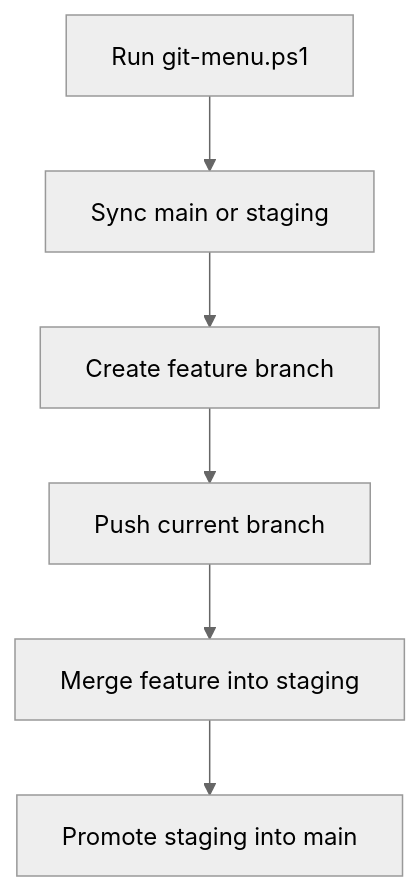
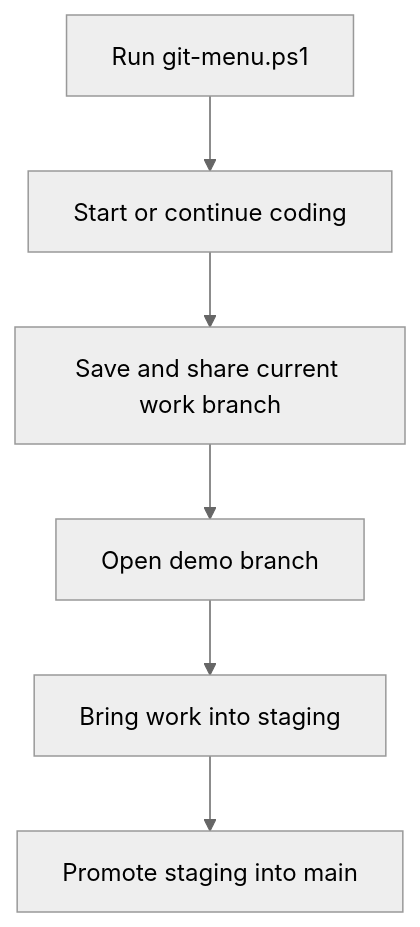
The fourth of 4 diagrams in docs/GIT_VISUAL_MAP.md (swinneyj/soc-plaform), drawn with Mermaid (neutral theme) before and after one commit. The commit also changed other lines of this file and 1 other file, not shown here.

Commit message:
Refine git workflow menu guidance and confirmations

````diff
--- a/docs/GIT_VISUAL_MAP.md
+++ b/docs/GIT_VISUAL_MAP.md
@@ -66,8 +66,8 @@
 ```mermaid
 flowchart TD
-    A[Run git-menu.ps1] --> B[Sync main or staging]
-    B --> C[Create feature branch]
-    C --> D[Push current branch]
-    D --> E[Merge feature into staging]
+    A[Run git-menu.ps1] --> B[Start or continue coding]
+    B --> C[Save and share current work branch]
+    C --> D[Open demo branch]
+    D --> E[Bring work into staging]
     E --> F[Promote staging into main]
 ```
````
